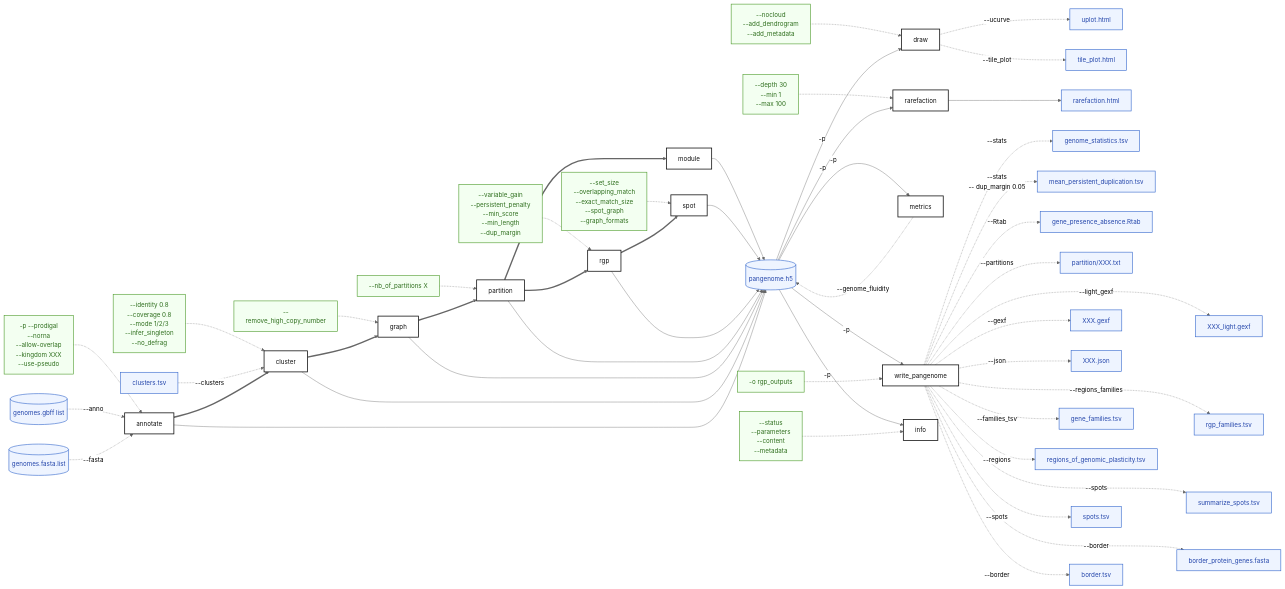
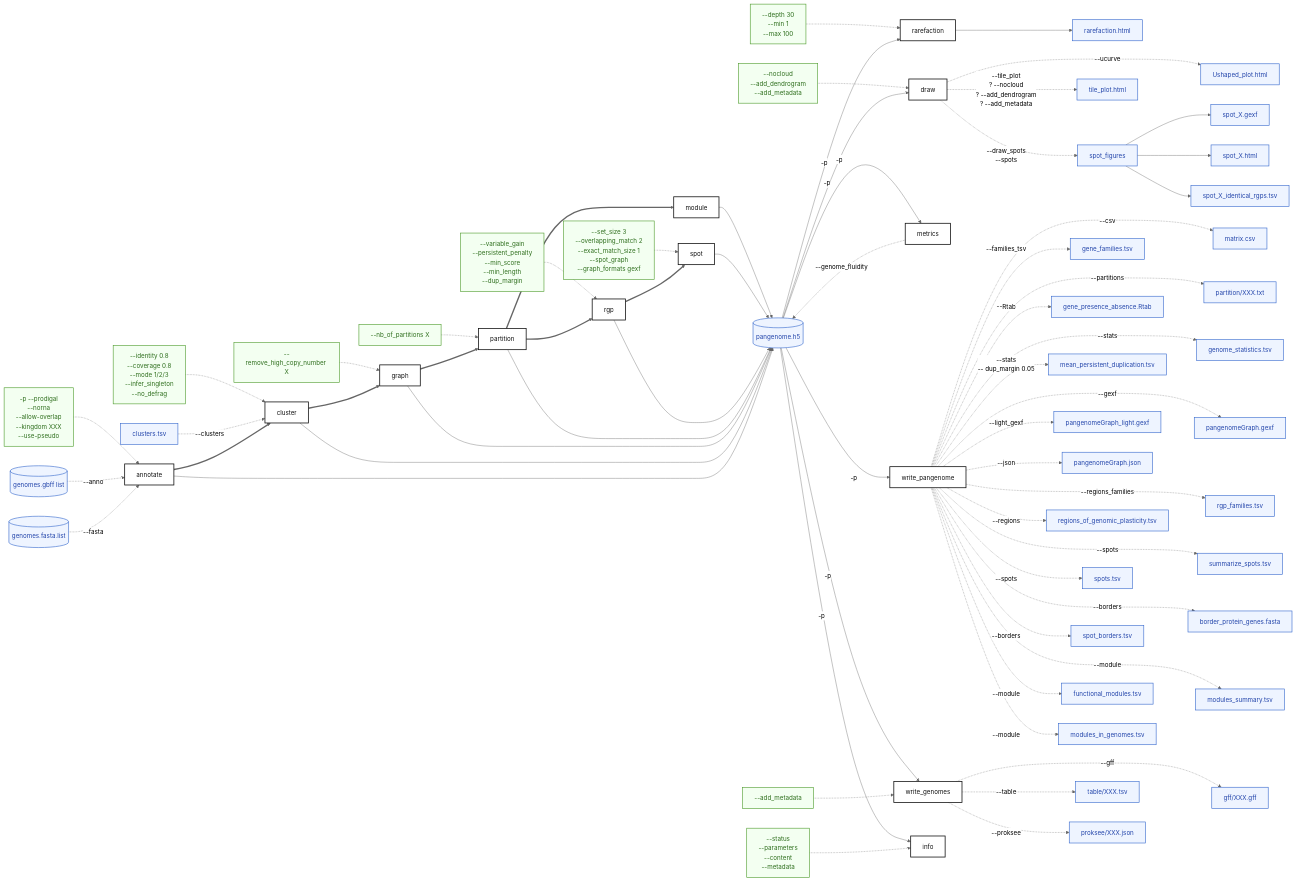
One commit to rsiminel/PPanGGOLiN-flowchart changed the diagram in flowchart.mmd. Above: the diagram before and after it, drawn with Mermaid (neutral theme).

Commit message:
putting it all together

```diff
--- a/flowchart.mmd
+++ b/flowchart.mmd
@@ -37,7 +37,7 @@
 %% Graph
 %% =====================
 graph_opts["
-    --remove_high_copy_number
+    --remove_high_copy_number X
 "]:::opt -.-> graf
 cluster ==> graf[graph]:::cmd
 
@@ -61,15 +61,21 @@
 "]:::opt -.-> rgp
 partition ==> rgp[rgp]:::cmd
 
+%% rgpclust_opts["
+%%     --grr_cutoff 0.8
+%%     --no_identical_rgp_merging
+%% "]:::opt -.-> rgp_clust
+%% rgp ==> rgp_clust[rgp_clust]:::cmd
+
 %% =====================
 %% Spot
 %% =====================
 spot_opts["
-    --set_size
-    --overlapping_match
-    --exact_match_size
+    --set_size 3
+    --overlapping_match 2
+    --exact_match_size 1
     --spot_graph
-    --graph_formats
+    --graph_formats gexf
 "]:::opt -.-> spot
 rgp ==> spot[spot]:::cmd
 
@@ -84,11 +90,23 @@
 %% =====================
 module --> h5[(pangenome.h5)]:::file
 spot --> h5
+%% rgp_clust ~~~ h5
 rgp --> h5
 partition --> h5
 graf --> h5
 cluster --> h5
 annotate --> h5
+
+%% =====================
+%% Rarefaction
+%% =====================
+rarefaction_opts["
+    --depth 30
+    --min 1
+    --max 100
+"]:::opt -.-> rarefaction
+h5 --"-p"--> rarefaction[rarefaction]:::cmd
+rarefaction --> rare["rarefaction.html"]:::file
 
 %% =====================
 %% Draw
@@ -100,20 +118,24 @@
 "]:::opt -.-> draw
 h5 --"-p"--> draw[draw]:::cmd
 
-draw -."--ucurve".-> uplot["uplot.html"]:::file
-draw -."--tile_plot".-> tile["tile_plot.html"]:::file
+%% == Workflow ==
+draw -."--ucurve".-> uplot["Ushaped_plot.html"]:::file
+draw -."
+    --tile_plot
+    ? --nocloud
+    ? --add_dendrogram
+    ? --add_metadata
+".-> tile["tile_plot.html"]:::file
+tile ~~~ uplot
 
-%% =====================
-%% Rarefaction
-%% =====================
-rarefaction_opts["
-    --depth 30
-    --min 1
-    --max 100
-"]:::opt -.-> rarefaction
-h5 --"-p"--> rarefaction[rarefaction]:::cmd
-
-rarefaction --> rare["rarefaction.html"]:::file
+%% == PanRGP ==
+draw -."
+    --draw_spots
+    --spots
+".-> spot_fig["spot_figures"]:::file
+spot_fig --> sgexf["spot_X.gexf"]:::file
+spot_fig --> shtml["spot_X.html"]:::file
+spot_fig --> siden["spot_X_identical_rgps.tsv"]:::file
 
 %% =====================
 %% Metrics
@@ -125,28 +147,54 @@
 %% Write Pangenome
 %% =====================
 h5 --"-p"--> wp[write_pangenome]:::cmd
-wp_opts["
-    -o rgp_outputs
-"]:::opt -.-> wp
+
+%% == Workflow ==
+wp -."--families_tsv".-> families["gene_families.tsv"]:::file
+wp -."--Rtab".-> rtab["gene_presence_absence.Rtab"]:::file
 wp -."--stats".-> stats["genome_statistics.tsv"]:::file
 wp -."
     --stats
     -- dup_margin 0.05
 ".-> dup["mean_persistent_duplication.tsv"]:::file
-wp -."--Rtab".-> rtab["gene_presence_absence.Rtab"]:::file
+wp -."--csv".-> csv["matrix.csv"]:::file
+wp -."--gexf".-> gexf["pangenomeGraph.gexf"]:::file
+wp -."--light_gexf".-> lgexf["pangenomeGraph_light.gexf"]:::file
+wp -."--json".-> json["pangenomeGraph.json"]:::file
 wp -."--partitions".-> partitions["partition/XXX.txt"]:::file
-wp -."--gexf".-> gexf["XXX.gexf"]:::file
-wp -."--light_gexf".-> lgexf["XXX_light.gexf"]:::file
-wp -."--json".-> json["XXX.json"]:::file
-gexf & json ~~~ lgexf
-wp -."--families_tsv".-> families["gene_families.tsv"]:::file
+dup ~~~ stats
+families & rtab ~~~ csv & partitions
+lgexf & json ~~~ gexf
+
+%% == PanRGP ==
 wp -."--regions".-> regions["regions_of_genomic_plasticity.tsv"]:::file
-wp -."--regions_families".-> rgp_fam["rgp_families.tsv"]:::file
-families & regions ~~~ rgp_fam
-wp -."--spots".-> spots["spots.tsv"]:::file & sum["summarize_spots.tsv"]:::file
-spots ~~~ sum
-wp -."--border".-> border["border.tsv"]:::file & border_fasta["border_protein_genes.fasta"]:::file
-border ~~~ border_fasta
+wp -."--spots".-> spots_tsv["spots.tsv"]:::file
+wp -."--spots".-> spots_sum["summarize_spots.tsv"]:::file
+wp -."--borders".-> spot_borders["spot_borders.tsv"]:::file
+wp -."--borders".-> border_genes["border_protein_genes.fasta"]:::file
+spots_tsv ~~~ spots_sum
+spot_borders ~~~ border_genes
+wp -."--regions_families".-> reg_fam["rgp_families.tsv"]:::file
+regions ~~~ reg_fam
+
+%% == PanModule ==
+wp -."--module".-> mfun["functional_modules.tsv"]:::file
+wp -."--module".-> mgen["modules_in_genomes.tsv"]:::file
+wp -."--module".-> msum["modules_summary.tsv"]:::file
+mfun & mgen ~~~ msum
+
+%% =====================
+%% Write Genomes
+%% =====================
+h5 --"-p"--> wg[write_genomes]:::cmd
+wg_opts["
+    --add_metadata
+"]:::opt -.-> wg
+%% anno -."--anno".-> wg
+%% fasta -."--fasta".-> wg
+wg -."--proksee".-> proksee["proksee/XXX.json"]:::file
+wg -."--gff".-> gff["gff/XXX.gff"]:::file
+wg -."--table".-> table["table/XXX.tsv"]:::file
+table & proksee ~~~ gff
 
 %% =====================
 %% Info
```
